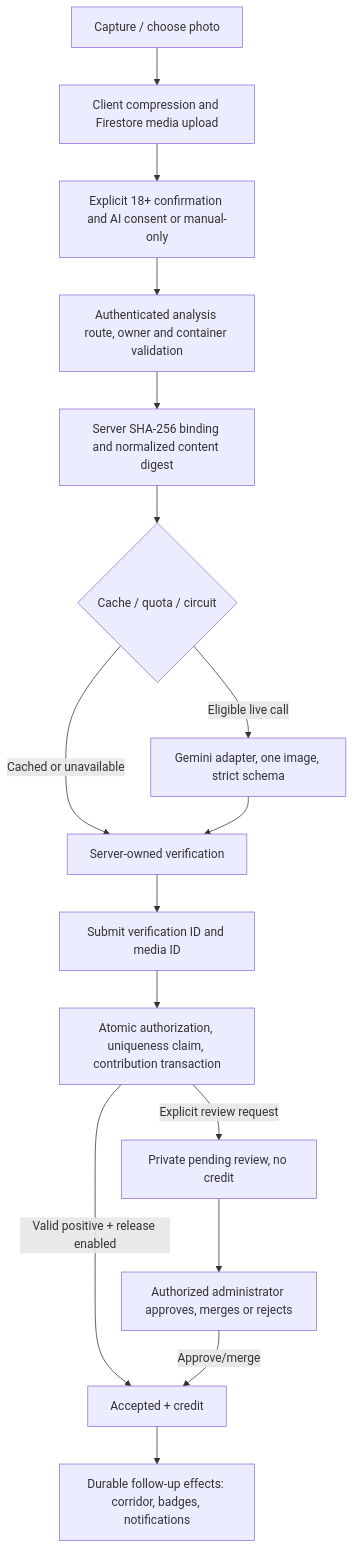
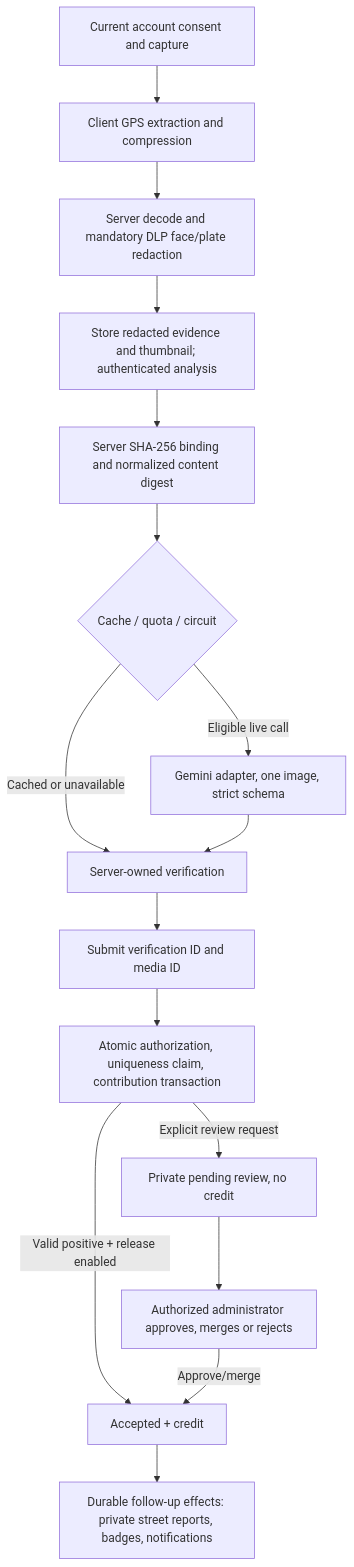
One commit to MelvinDacanay/Pothole_App_Google_Case_Study changed the diagram in docs/IMAGE_VERIFICATION.md. Above: the diagram before and after it, drawn with Mermaid. The commit also changed other lines of this file and 30 other files, not shown here.

````diff
--- a/docs/IMAGE_VERIFICATION.md
+++ b/docs/IMAGE_VERIFICATION.md
@@ -7,18 +7,18 @@
 ```mermaid
 flowchart TD
-  A[Capture / choose photo] --> B[Client compression and Firestore media upload]
-  B --> C[Explicit 18+ confirmation and AI consent or manual-only]
-  C --> D[Authenticated analysis route, owner and container validation]
+  A[Current account consent and capture] --> B[Client GPS extraction and compression]
+  B --> C[Server decode and mandatory DLP face/plate redaction]
+  C --> D[Store redacted evidence and thumbnail; authenticated analysis]
   D --> E[Server SHA-256 binding and normalized content digest]
   E --> F{Cache / quota / circuit}
   F -->|Eligible live call| G[Gemini adapter, one image, strict schema]
   F -->|Cached or unavailable| H[Server-owned verification]
   G --> H
   H --> I[Submit verification ID and media ID]
   I --> J[Atomic authorization, uniqueness claim, contribution transaction]
   J -->|Valid positive + release enabled| K[Accepted + credit]
   J -->|Explicit review request| L[Private pending review, no credit]
   L --> M[Authorized administrator approves, merges or rejects]
   M -->|Approve/merge| K
-  K --> N[Durable follow-up effects: corridor, badges, notifications]
+  K --> N[Durable follow-up effects: private street reports, badges, notifications]
 ```
````
